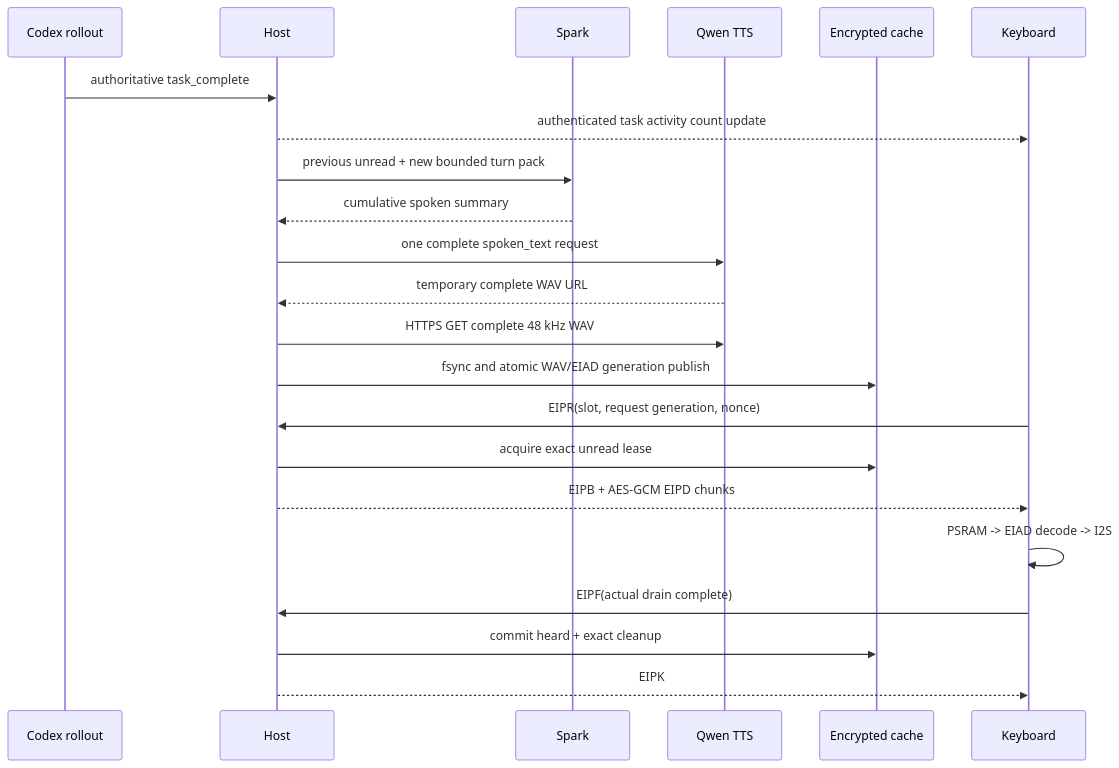
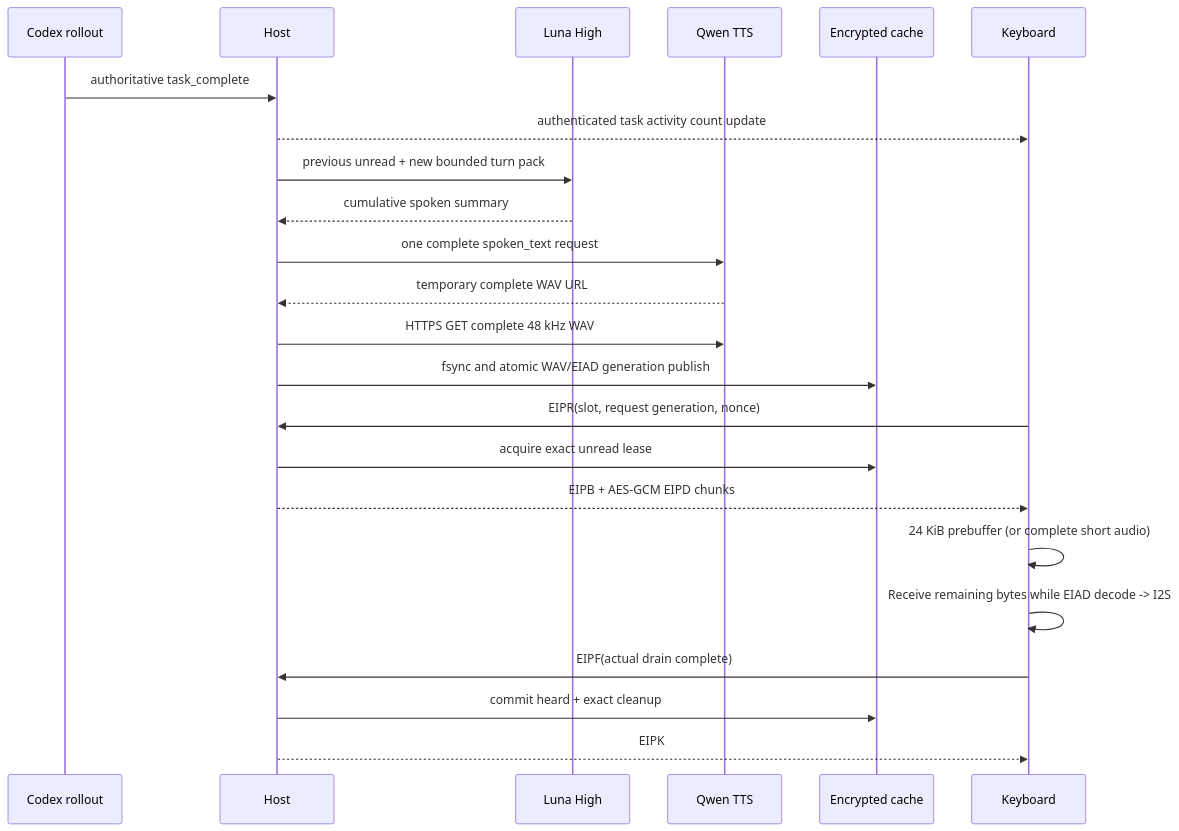
One commit to Larkspur-Wang/Codex_Keyboard changed the third of 3 diagrams in docs/端到端架构.md. Above: the diagram before and after it, drawn with Mermaid. The commit also changed other lines of this file and 87 other files, not shown here.

````diff
--- a/docs/端到端架构.md
+++ b/docs/端到端架构.md
@@ -64,25 +64,26 @@
 ```mermaid
 sequenceDiagram
     participant C as Codex rollout
     participant H as Host
-    participant S as Spark
+    participant S as Luna High
     participant T as Qwen TTS
     participant D as Encrypted cache
     participant K as Keyboard
 
     C->>H: authoritative task_complete
     H-->>K: authenticated task activity count update
     H->>S: previous unread + new bounded turn pack
     S-->>H: cumulative spoken summary
     H->>T: one complete spoken_text request
     T-->>H: temporary complete WAV URL
     H->>T: HTTPS GET complete 48 kHz WAV
     H->>D: fsync and atomic WAV/EIAD generation publish
     K->>H: EIPR(slot, request generation, nonce)
     H->>D: acquire exact unread lease
     H-->>K: EIPB + AES-GCM EIPD chunks
-    K->>K: PSRAM -> EIAD decode -> I2S
+    K->>K: 24 KiB prebuffer (or complete short audio)
+    K->>K: Receive remaining bytes while EIAD decode -> I2S
     K->>H: EIPF(actual drain complete)
     H->>D: commit heard + exact cleanup
     H-->>K: EIPK
 ```
````
